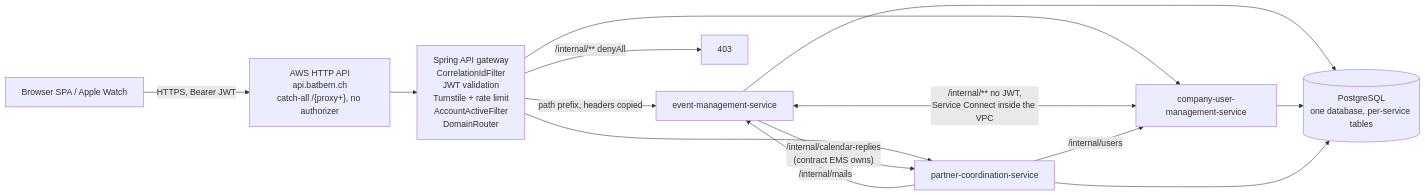
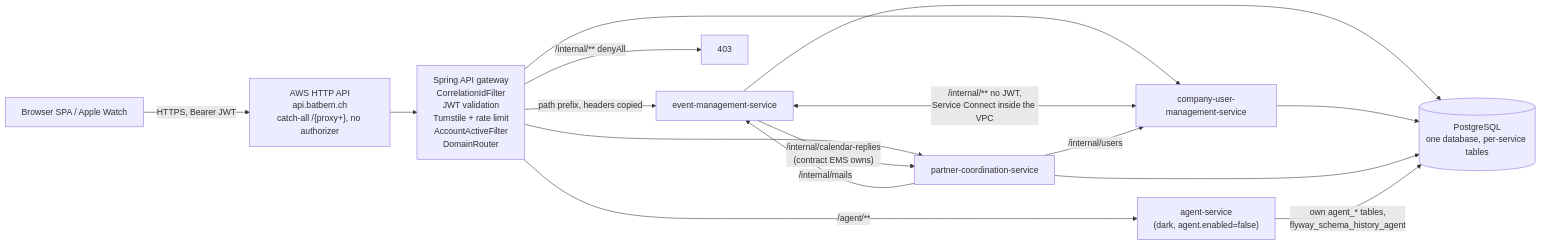
The first of 14 diagrams in docs/architecture/06-backend-architecture.md (nissimbuchs/BATbern2), drawn with Mermaid before and after one commit. The commit also changed other lines of this file and 84 other files, not shown here.

First line of the commit message:
feat(agent-runtime): agent-service runs dark in production behind the gateway

````diff
--- a/docs/architecture/06-backend-architecture.md
+++ b/docs/architecture/06-backend-architecture.md
@@ -19,16 +19,18 @@
 ```mermaid
 flowchart LR
     SPA["Browser SPA / Apple Watch"] -->|"HTTPS, Bearer JWT"| HTTPAPI["AWS HTTP API<br/>api.batbern.ch<br/>catch-all /{proxy+}, no authorizer"]
     HTTPAPI --> GW["Spring API gateway<br/>CorrelationIdFilter<br/>JWT validation<br/>Turnstile + rate limit<br/>AccountActiveFilter<br/>DomainRouter"]
     GW -->|"path prefix, headers copied"| EMS["event-management-service"]
     GW --> CUMS["company-user-management-service"]
     GW --> PCS["partner-coordination-service"]
+    GW -->|"/agent/**"| AGENT["agent-service<br/>(dark, agent.enabled=false)"]
     GW -->|"/internal/** denyAll"| X["403"]
     EMS <-->|"/internal/** no JWT,<br/>Service Connect inside the VPC"| CUMS
     PCS -->|"/internal/users"| CUMS
     PCS -->|"/internal/mails"| EMS
     EMS -->|"/internal/calendar-replies<br/>(contract EMS owns)"| PCS
     EMS --> DB[("PostgreSQL<br/>one database, per-service tables")]
     CUMS --> DB
     PCS --> DB
+    AGENT -->|"own agent_* tables,<br/>flyway_schema_history_agent"| DB
 ```
````
